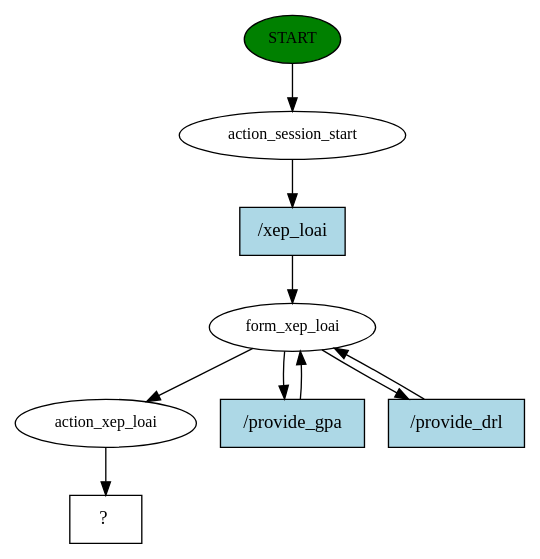
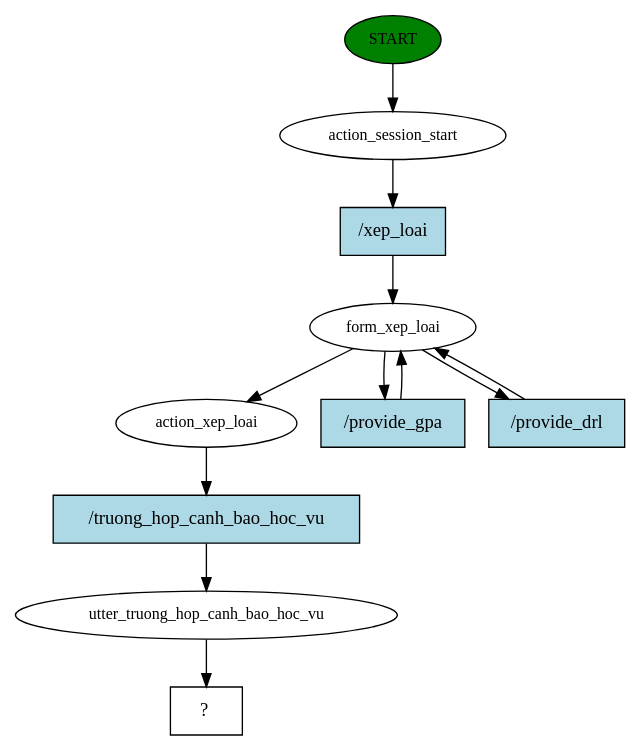
Before and after one commit to Luapxana/NCKH: the diagram in story_graph.dot, drawn with Graphviz. The commit also changed 210 other files, not shown here.

```diff
--- a/story_graph.dot
+++ b/story_graph.dot
@@ -1,19 +1,23 @@
 digraph  {
 0 [class="start active", fillcolor=green, fontsize=12, label=START, style=filled];
 1 [class=active, fontsize=12, label=action_session_start];
 2 [class=active, fontsize=12, label=form_xep_loai];
 5 [class=active, fontsize=12, label=action_xep_loai];
-6 [class="intent dashed active", label="  ?  ", shape=rect];
-7 [class="intent active", fillcolor=lightblue, label="/xep_loai", shape=rect, style=filled];
-8 [class="intent active", fillcolor=lightblue, label="/provide_gpa", shape=rect, style=filled];
-9 [class="intent active", fillcolor=lightblue, label="/provide_drl", shape=rect, style=filled];
+6 [class=active, fontsize=12, label=utter_truong_hop_canh_bao_hoc_vu];
+7 [class="intent dashed active", label="  ?  ", shape=rect];
+8 [class="intent active", fillcolor=lightblue, label="/xep_loai", shape=rect, style=filled];
+9 [class="intent active", fillcolor=lightblue, label="/provide_gpa", shape=rect, style=filled];
+10 [class="intent active", fillcolor=lightblue, label="/provide_drl", shape=rect, style=filled];
+11 [class="intent active", fillcolor=lightblue, label="/truong_hop_canh_bao_hoc_vu", shape=rect, style=filled];
 0 -> 1  [class=active, key=NONE, label=""];
-1 -> 7  [class=active, key=0];
+1 -> 8  [class=active, key=0];
 2 -> 5  [class=active, key=NONE, label=""];
-2 -> 8  [class=active, key=0];
 2 -> 9  [class=active, key=0];
-5 -> 6  [class=active, key=NONE, label=""];
-7 -> 2  [class=active, key=0];
+2 -> 10  [class=active, key=0];
+5 -> 11  [class=active, key=0];
+6 -> 7  [class=active, key=NONE, label=""];
 8 -> 2  [class=active, key=0];
 9 -> 2  [class=active, key=0];
+10 -> 2  [class=active, key=0];
+11 -> 6  [class=active, key=0];
 }
```
